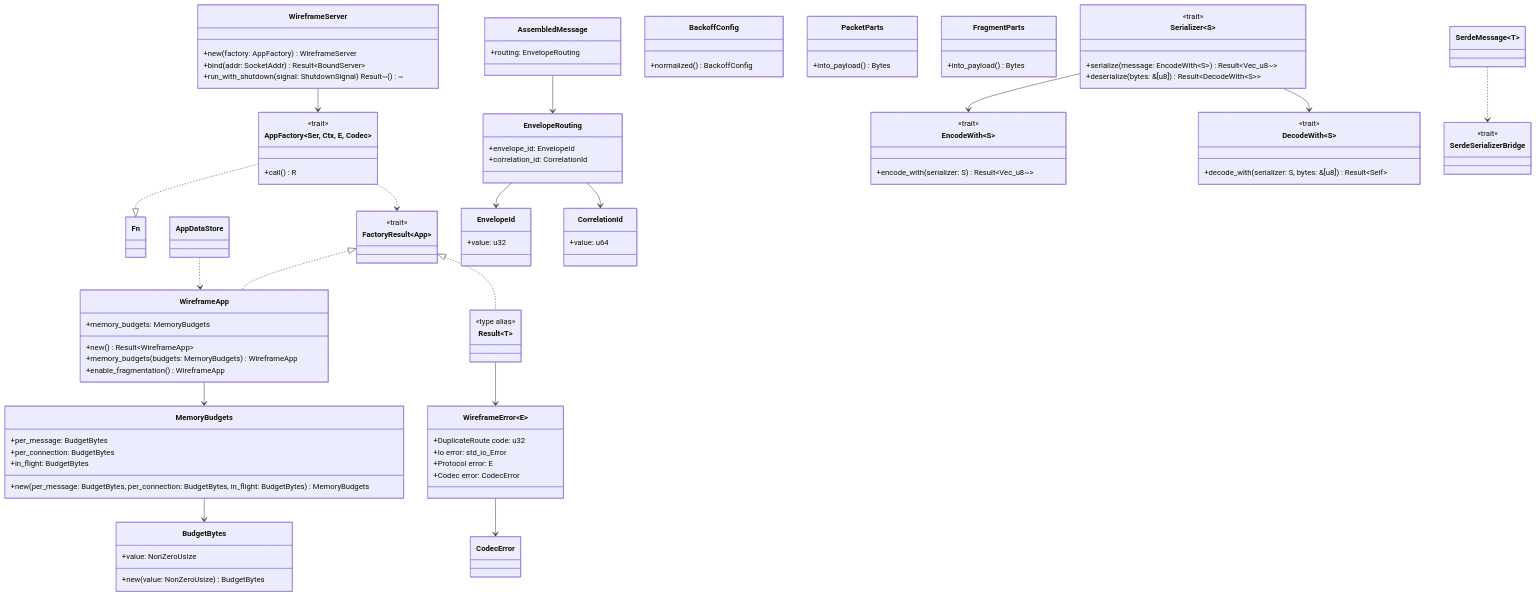
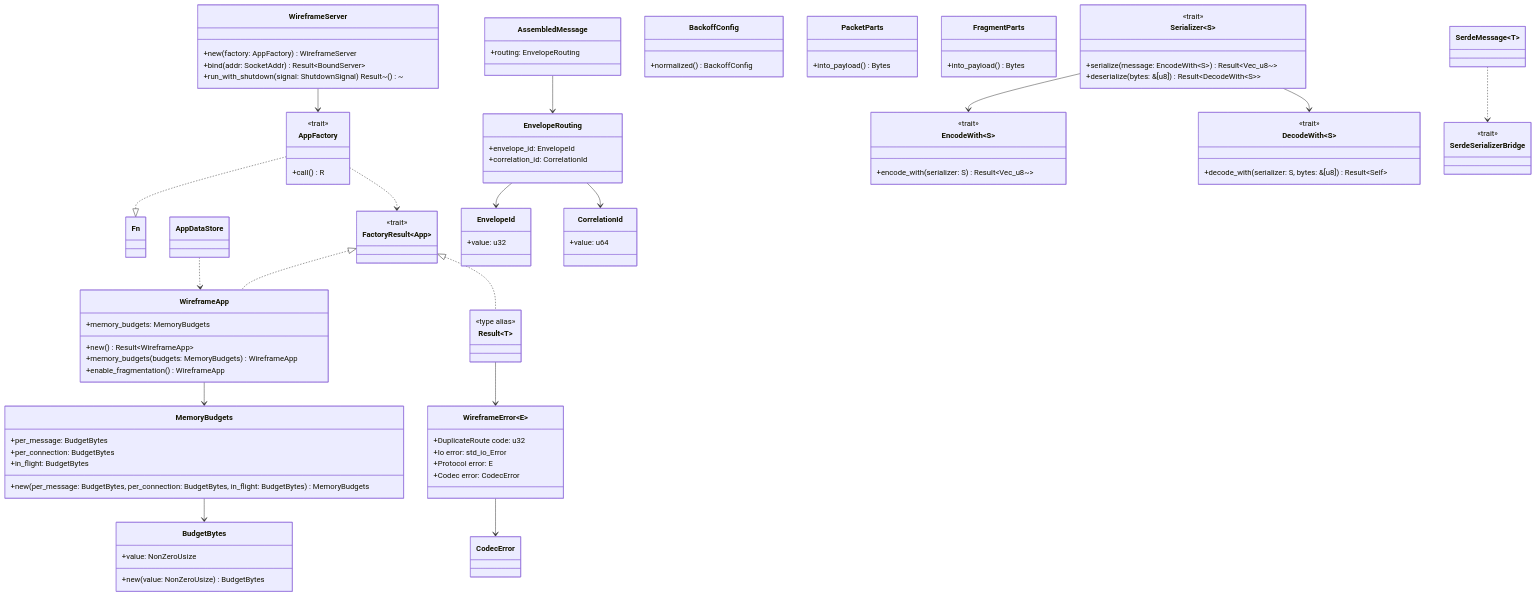
One commit to leynos/mxd changed the first of 6 diagrams in docs/wireframe-v0-2-0-to-v0-3-0-migration-guide.md. Above: the diagram before and after it, drawn with Mermaid. The commit also changed other lines of this file and 67 other files, not shown here.

```diff
--- a/docs/wireframe-v0-2-0-to-v0-3-0-migration-guide.md
+++ b/docs/wireframe-v0-2-0-to-v0-3-0-migration-guide.md
@@ -65,7 +65,7 @@
         +new(value: NonZeroUsize) BudgetBytes
     }
 
-    class AppFactory~Ser, Ctx, E, Codec~ {
+    class AppFactory["AppFactory<Ser, Ctx, E, Codec>"] {
         <<trait>>
         +call() R
     }
```
